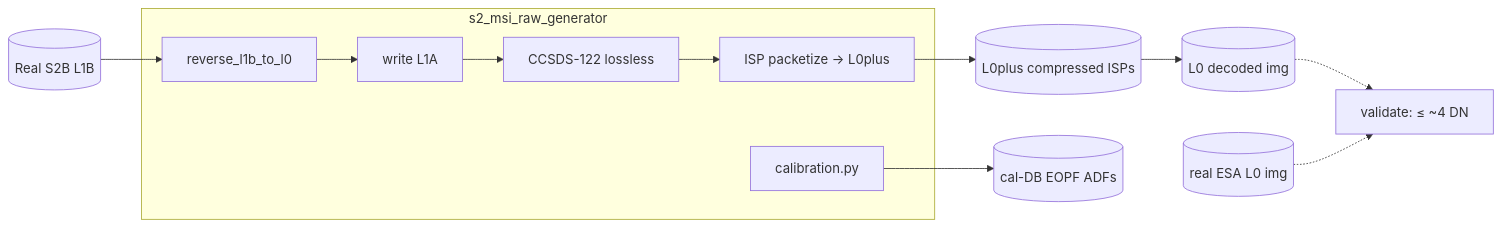
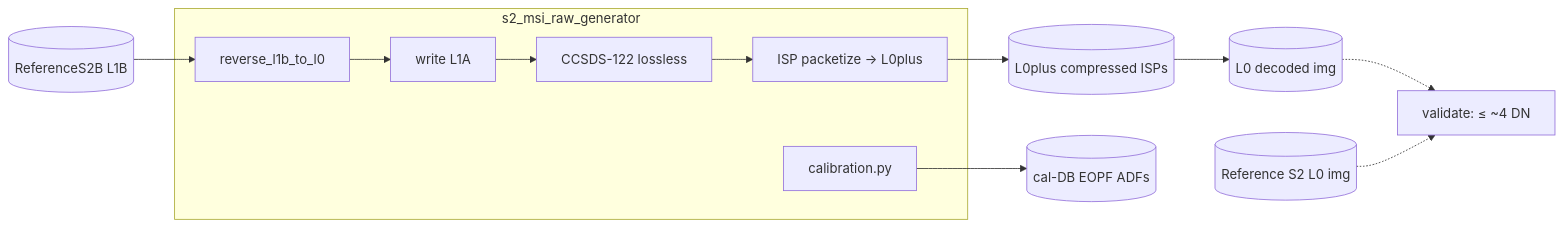
One commit to AstroCan17/AstroCan17 changed the diagram in docs/projects/s2-msi-raw-generator.md. Above: the diagram before and after it, drawn with Mermaid. The commit also changed other lines of this file and 11 other files, not shown here.

````diff
--- a/docs/projects/s2-msi-raw-generator.md
+++ b/docs/projects/s2-msi-raw-generator.md
@@ -23,21 +23,21 @@
 ```mermaid
 flowchart LR
-    IN[("Real S2B L1B")]
+    IN[("ReferenceS2B L1B")]
     subgraph GEN["s2_msi_raw_generator"]
         REV["reverse_l1b_to_l0"]
         L1A["write L1A"]
         C122["CCSDS-122 lossless"]
         PKT["ISP packetize → L0plus"]
         CAL["calibration.py"]
     end
     L0plus[("L0plus compressed ISPs")]
     L0[("L0 decoded img")]
-    REALL0[("real ESA L0 img")]
+    REALL0[("Reference S2 L0 img")]
     CALDB[("cal-DB EOPF ADFs")]
     VAL["validate: ≤ ~4 DN"]
     IN --> REV --> L1A --> C122 --> PKT
     PKT --> L0plus --> L0
     CAL --> CALDB
     L0 -.-> VAL
     REALL0 -.-> VAL
 ```
````
